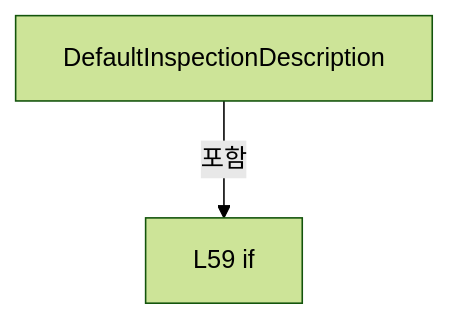
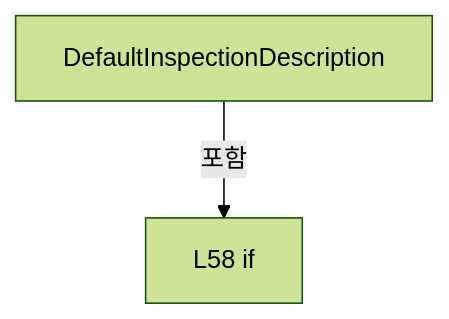
The fourth of 16 diagrams in A3 LD Code Ref/files/Drilling.Common/Correction/CDefaultOffsetCalibration.cs.md (kjuws10-rgb/Shared), drawn with Mermaid (forest theme) before and after one commit. The commit also changed other lines of this file and 2071 other files, not shown here.

Commit message:
docs(a3): update 11.19.0 architecture and code reference

````diff
--- a/A3 LD Code Ref/files/Drilling.Common/Correction/CDefaultOffsetCalibration.cs.md
+++ b/A3 LD Code Ref/files/Drilling.Common/Correction/CDefaultOffsetCalibration.cs.md
@@ -473,6 +473,6 @@
 ```mermaid
 flowchart TD
  M["DefaultInspectionDescription"]
- N0["L59 if"]
+ N0["L58 if"]
  M -->|포함| N0
 ```
````
